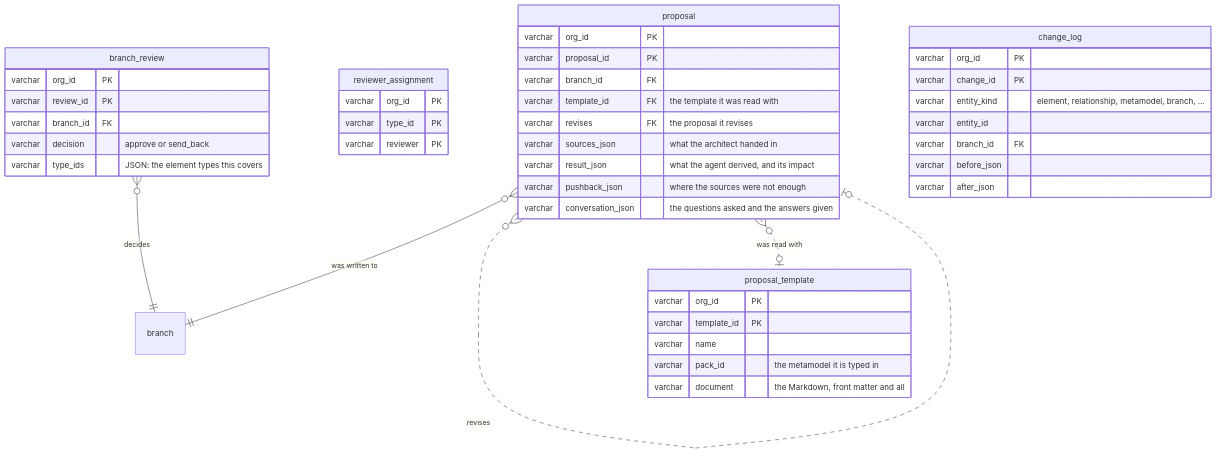
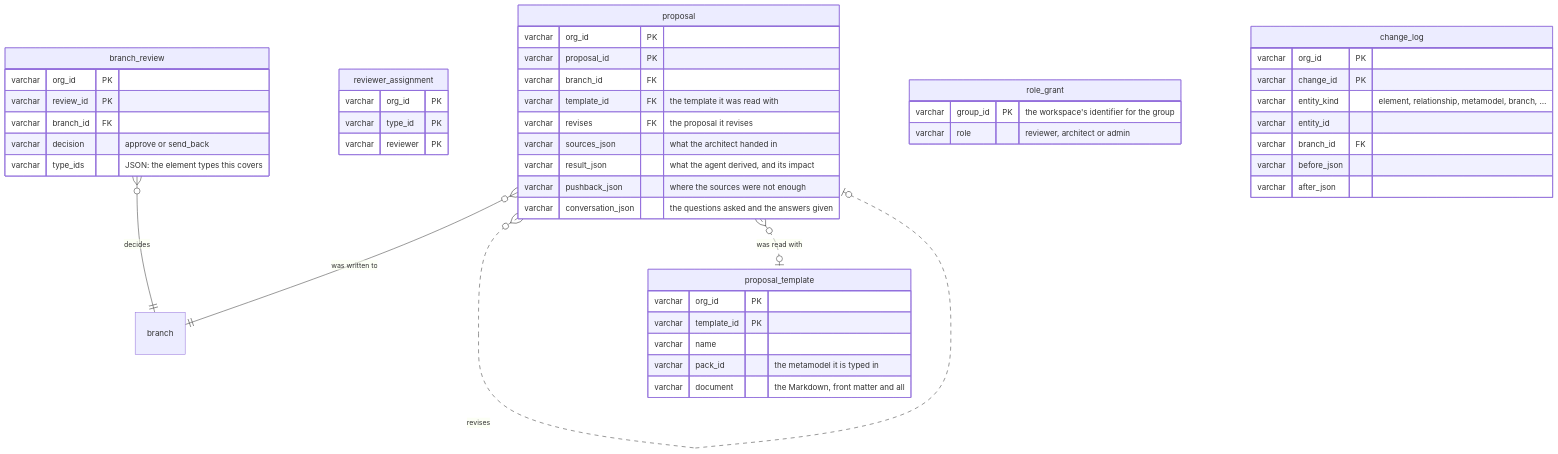
One commit to roanboc/dbx-enterprise-architecture changed the seventh of 9 diagrams in architecture/3_information/3_logical-data-model.md. Above: the diagram before and after it, drawn with Mermaid. The commit also changed other lines of this file and 11 other files, not shown here.

First line of the commit message:
docs(architecture): initiative 28 drafted for Understanding — users and roles

````diff
--- a/architecture/3_information/3_logical-data-model.md
+++ b/architecture/3_information/3_logical-data-model.md
@@ -314,46 +319,50 @@
 ```mermaid
 erDiagram
   branch_review {
     varchar org_id PK
     varchar review_id PK
     varchar branch_id FK
     varchar decision "approve or send_back"
     varchar type_ids "JSON: the element types this covers"
   }
   reviewer_assignment {
     varchar org_id PK
     varchar type_id PK
     varchar reviewer PK
   }
   proposal {
     varchar org_id PK
     varchar proposal_id PK
     varchar branch_id FK
     varchar template_id FK "the template it was read with"
     varchar revises FK "the proposal it revises"
     varchar sources_json "what the architect handed in"
     varchar result_json "what the agent derived, and its impact"
     varchar pushback_json "where the sources were not enough"
     varchar conversation_json "the questions asked and the answers given"
   }
   proposal_template {
     varchar org_id PK
     varchar template_id PK
     varchar name
     varchar pack_id "the metamodel it is typed in"
     varchar document "the Markdown, front matter and all"
   }
+  role_grant {
+    varchar group_id PK "the workspace's identifier for the group"
+    varchar role "reviewer, architect or admin"
+  }
   change_log {
     varchar org_id PK
     varchar change_id PK
     varchar entity_kind "element, relationship, metamodel, branch, …"
     varchar entity_id
     varchar branch_id FK
     varchar before_json
     varchar after_json
   }
   branch_review }o--|| branch : "decides"
   proposal }o--|| branch : "was written to"
   proposal }o..o| proposal : "revises"
   proposal }o..o| proposal_template : "was read with"
 ```
````
